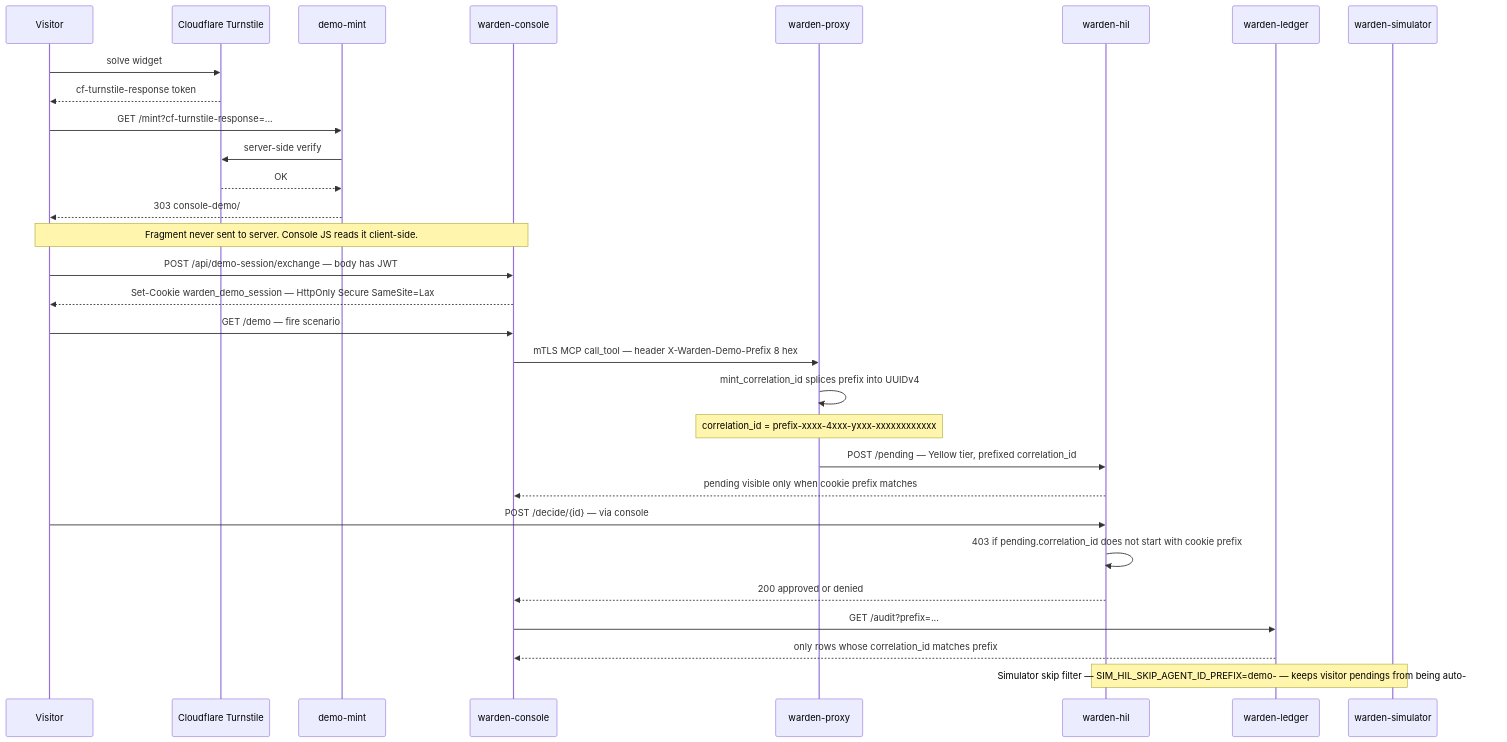
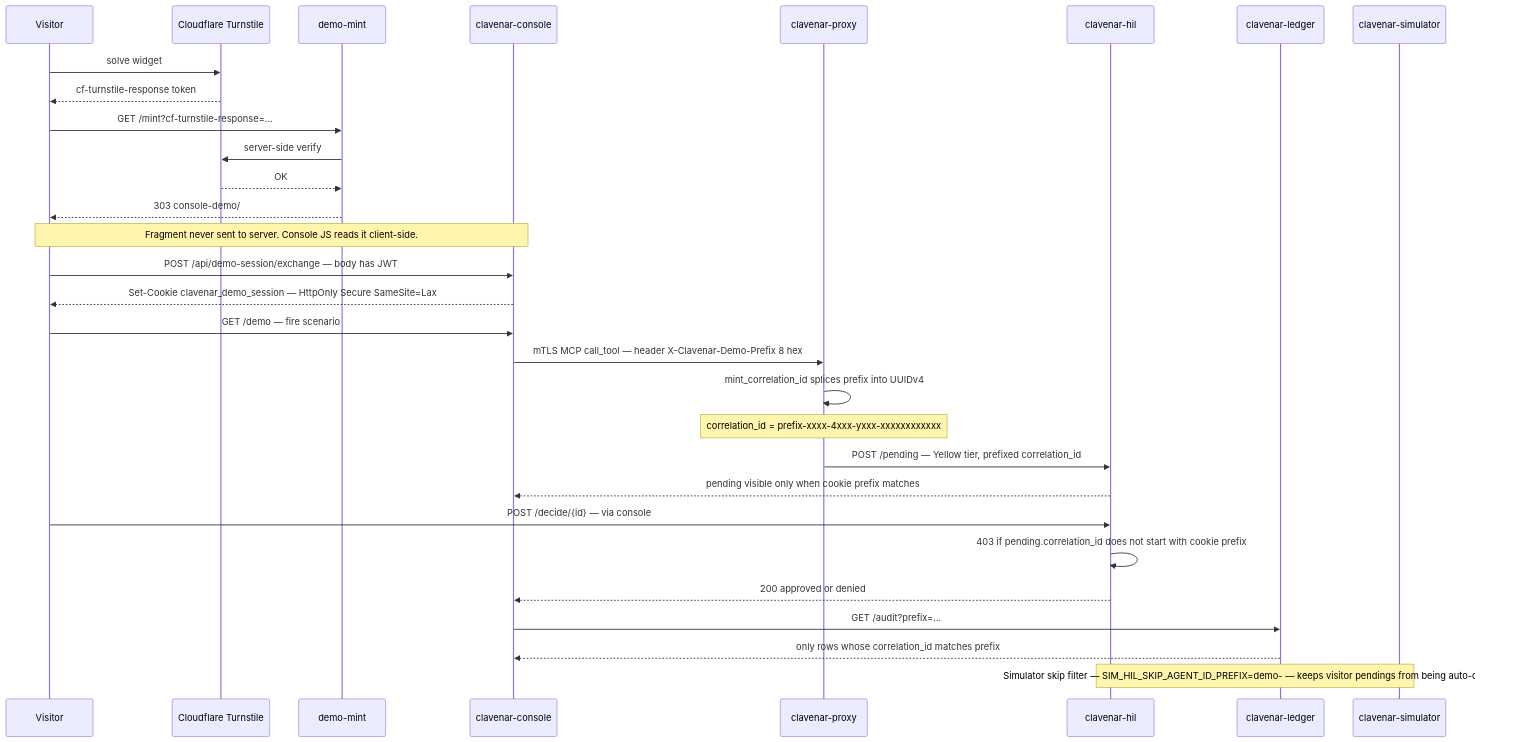
The fourth of 5 diagrams in docs/ARCHITECTURE.md (clavenar/clavenar-specs), drawn with Mermaid before and after one commit. The commit also changed other lines of this file and 7 other files, not shown here.

First line of the commit message:
rename product Agent Warden → Clavenar

````diff
--- a/docs/ARCHITECTURE.md
+++ b/docs/ARCHITECTURE.md
@@ -221,33 +221,33 @@
 ```mermaid
 sequenceDiagram
   participant Visitor
   participant TS as Cloudflare Turnstile
   participant Mint as demo-mint
-  participant Console as warden-console
-  participant Proxy as warden-proxy
-  participant HIL as warden-hil
-  participant Ledger as warden-ledger
-  participant Sim as warden-simulator
+  participant Console as clavenar-console
+  participant Proxy as clavenar-proxy
+  participant HIL as clavenar-hil
+  participant Ledger as clavenar-ledger
+  participant Sim as clavenar-simulator
 
   Visitor->>TS: solve widget
   TS-->>Visitor: cf-turnstile-response token
   Visitor->>Mint: GET /mint?cf-turnstile-response=...
   Mint->>TS: server-side verify
   TS-->>Mint: OK
   Mint-->>Visitor: 303 console-demo/#token=<HS256 JWT — prefix, sub, exp, iat>
   Note over Visitor,Console: Fragment never sent to server. Console JS reads it client-side.
   Visitor->>Console: POST /api/demo-session/exchange — body has JWT
-  Console-->>Visitor: Set-Cookie warden_demo_session — HttpOnly Secure SameSite=Lax
+  Console-->>Visitor: Set-Cookie clavenar_demo_session — HttpOnly Secure SameSite=Lax
   Visitor->>Console: GET /demo — fire scenario
-  Console->>Proxy: mTLS MCP call_tool — header X-Warden-Demo-Prefix 8 hex
+  Console->>Proxy: mTLS MCP call_tool — header X-Clavenar-Demo-Prefix 8 hex
   Proxy->>Proxy: mint_correlation_id splices prefix into UUIDv4
   Note over Proxy: correlation_id = prefix-xxxx-4xxx-yxxx-xxxxxxxxxxxx
   Proxy->>HIL: POST /pending — Yellow tier, prefixed correlation_id
   HIL-->>Console: pending visible only when cookie prefix matches
   Visitor->>HIL: POST /decide/{id} — via console
   HIL->>HIL: 403 if pending.correlation_id does not start with cookie prefix
   HIL-->>Console: 200 approved or denied
   Console->>Ledger: GET /audit?prefix=...
   Ledger-->>Console: only rows whose correlation_id matches prefix
   Note over Sim,HIL: Simulator skip filter — SIM_HIL_SKIP_AGENT_ID_PREFIX=demo- — keeps visitor pendings from being auto-decided
 ```
````
